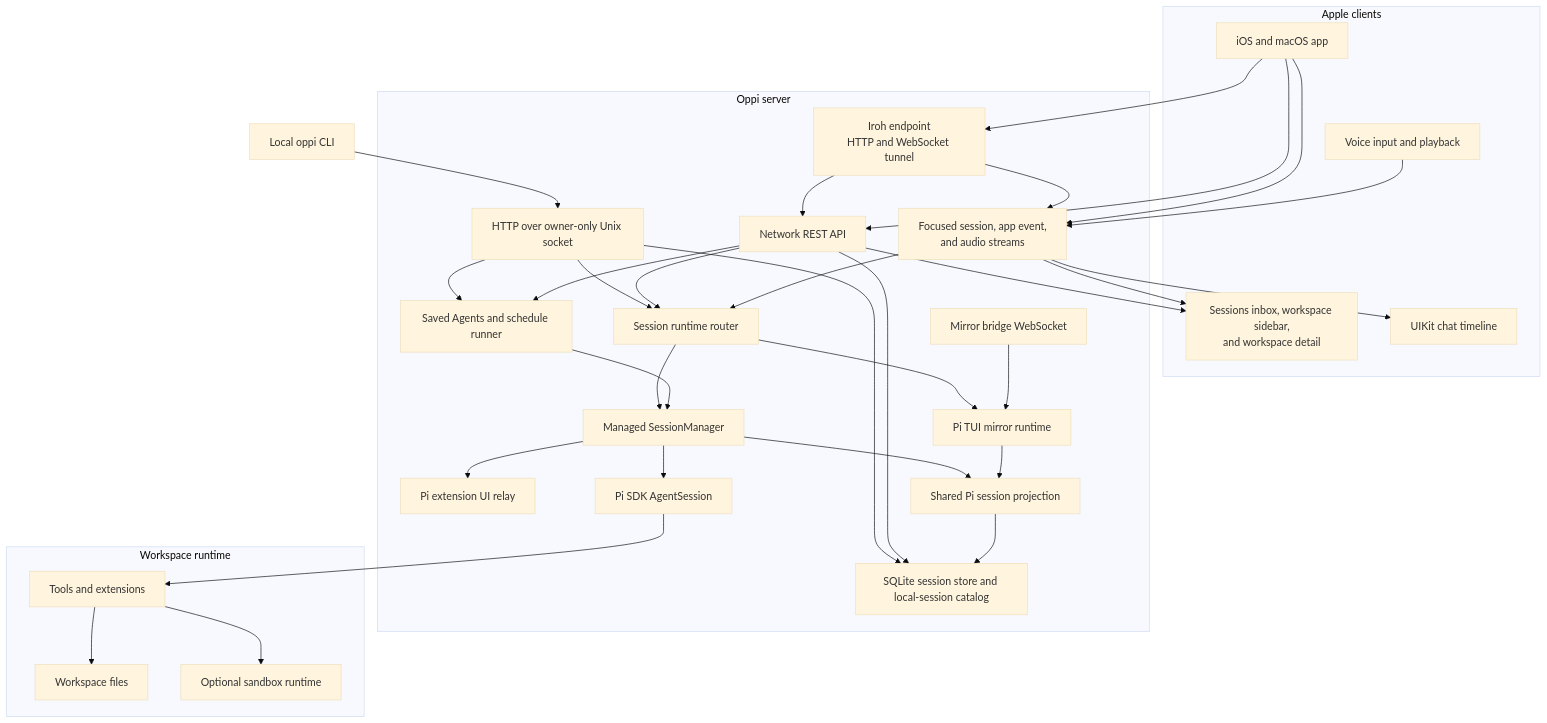
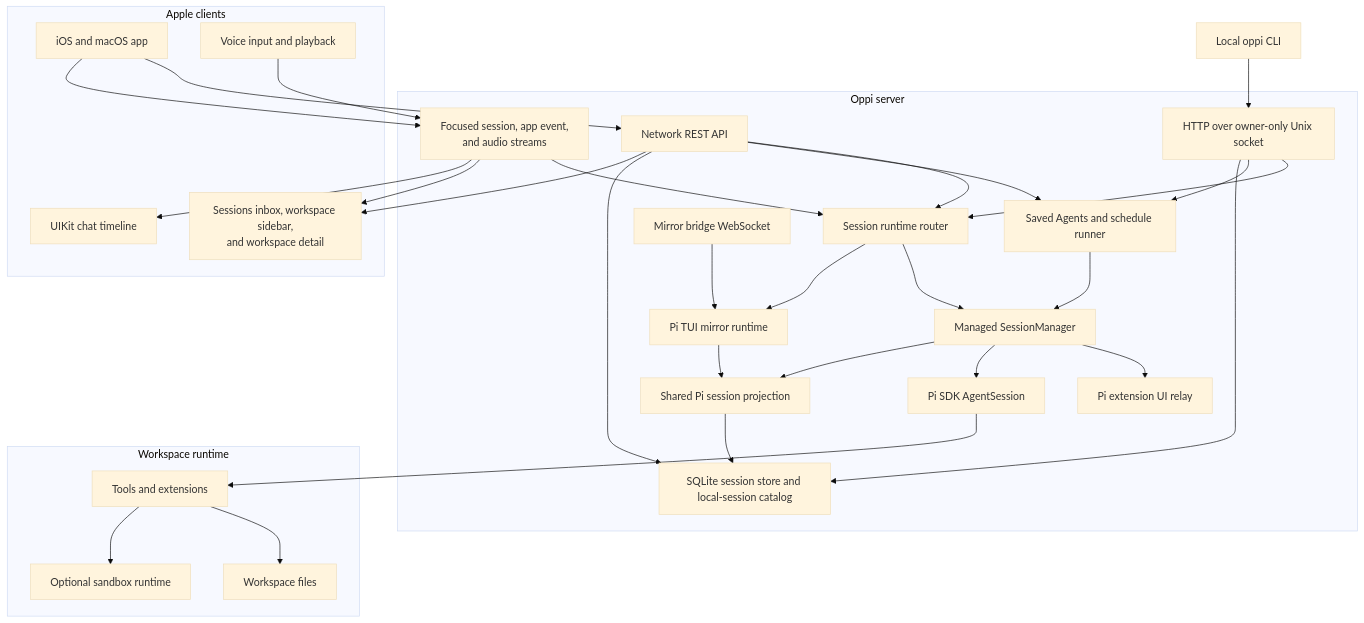
The first of 3 diagrams in docs/architecture.md (duh17/oppi), drawn with Mermaid (base theme) before and after one commit. The commit also changed other lines of this file and 9 other files, not shown here.

````diff
--- a/docs/architecture.md
+++ b/docs/architecture.md
@@ -21,63 +21,59 @@
 ```mermaid
 graph TD
   subgraph Apple[Apple clients]
     App[iOS and macOS app]
     WorkspaceUI[Sessions inbox, workspace sidebar,<br/>and workspace detail]
     Timeline[UIKit chat timeline]
     Voice[Voice input and playback]
   end
 
   CLI[Local oppi CLI]
 
   subgraph Server[Oppi server]
     LocalHTTP[HTTP over owner-only Unix socket]
-    Iroh[Iroh endpoint<br/>HTTP and WebSocket tunnel]
     HTTP[Network REST API]
     Streams[Focused session, app event,<br/>and audio streams]
     Router[Session runtime router]
     Sessions[Managed SessionManager]
     Mirror[Pi TUI mirror runtime]
     Bridge[Mirror bridge WebSocket]
     ExtensionUI[Pi extension UI relay]
     Automations[Saved Agents and schedule runner]
     Storage[SQLite session store and local-session catalog]
     Project[Shared Pi session projection]
     Pi[Pi SDK AgentSession]
   end
 
   subgraph Workspace[Workspace runtime]
     Files[Workspace files]
     Tools[Tools and extensions]
     Sandbox[Optional sandbox runtime]
   end
 
   CLI --> LocalHTTP
   LocalHTTP --> Router
   LocalHTTP --> Automations
   LocalHTTP --> Storage
   App --> HTTP
-  App --> Iroh
-  Iroh --> HTTP
-  Iroh --> Streams
   App --> Streams
   HTTP --> Router
   HTTP --> Automations
   HTTP --> Storage
   Streams --> Router
   Router --> Sessions
   Router --> Mirror
   Bridge --> Mirror
   Automations --> Sessions
   Sessions --> ExtensionUI
   Sessions --> Pi
   Sessions --> Project
   Mirror --> Project
   Pi --> Tools
   Tools --> Files
   Project --> Storage
   Tools --> Sandbox
   HTTP --> WorkspaceUI
   Streams --> WorkspaceUI
   Streams --> Timeline
   Voice --> Streams
 ```
````
